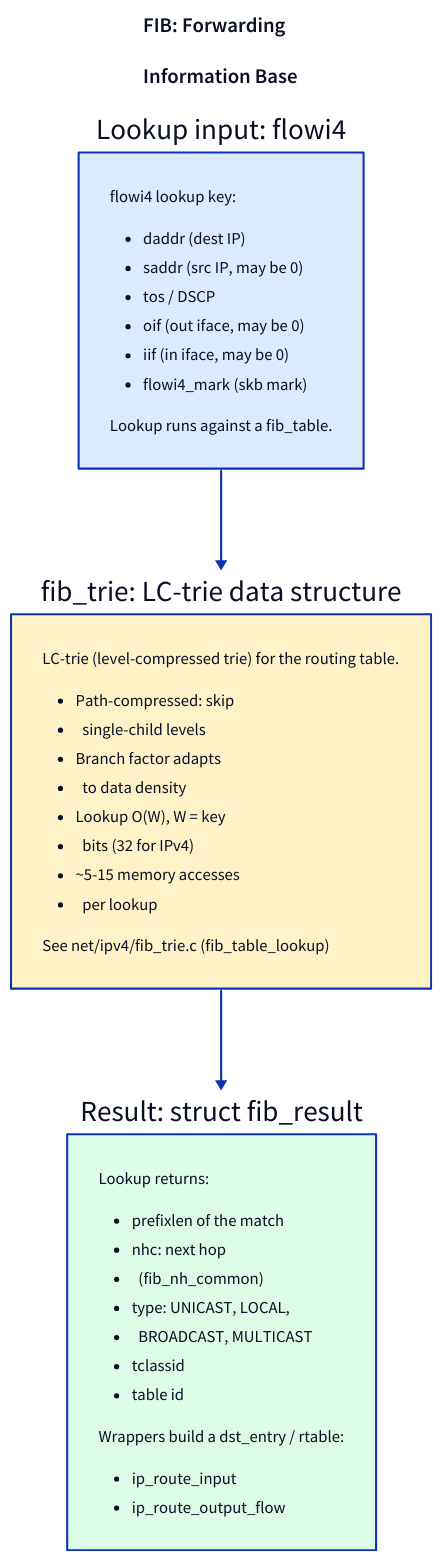
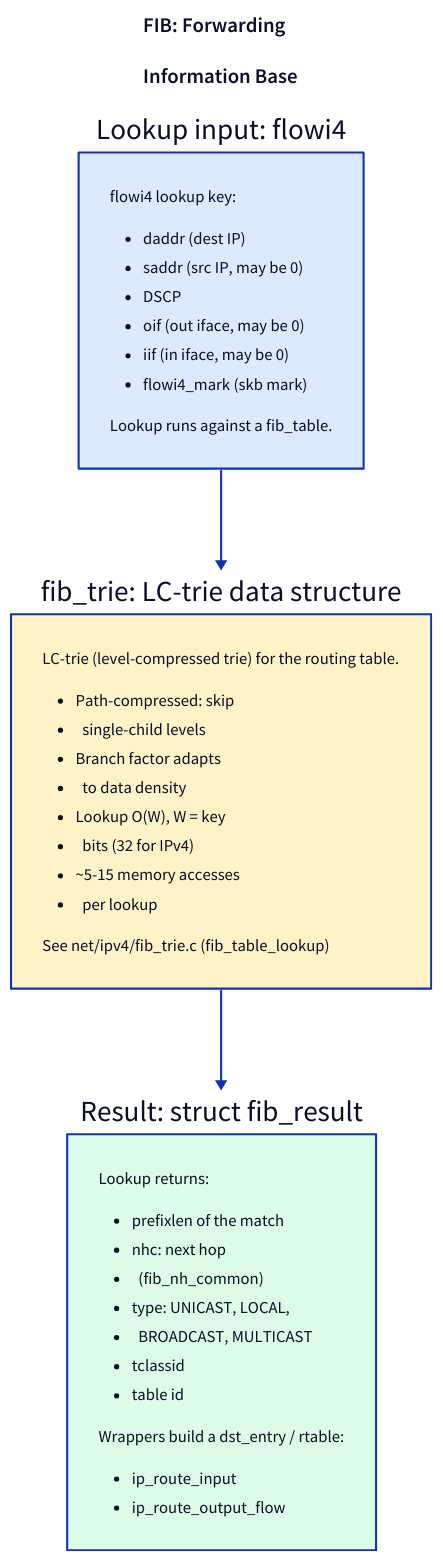
Before and after one commit to biefy/books: the diagram in linux-net/src/diagrams/src/day08_fib.d2, drawn with D2. The commit also changed 113 other files, not shown here.

```diff
--- a/linux-net/src/diagrams/src/day08_fib.d2
+++ b/linux-net/src/diagrams/src/day08_fib.d2
@@ -1,65 +1,65 @@
 direction: down
 
 title: |md
   ### FIB: Forwarding
   ### Information Base
 | {near: top-center; shape: text}
 
 flow: "Lookup input: flowi4" {
   style.fill: "#dbeafe"
   f_body: |md
     flowi4 lookup key:
 
     - daddr (dest IP)
     - saddr (src IP, may be 0)
-    - tos / DSCP
+    - DSCP
     - oif (out iface, may be 0)
     - iif (in iface, may be 0)
     - flowi4_mark (skb mark)
 
     Lookup runs against a fib_table.
   |
 }
 
 trie: "fib_trie: LC-trie data structure" {
   style.fill: "#fef3c7"
   t_body: |md
     LC-trie (level-compressed
     trie) for the routing table.
 
     - Path-compressed: skip
     - &nbsp;&nbsp;single-child levels
     - Branch factor adapts
     - &nbsp;&nbsp;to data density
     - Lookup O(W), W = key
     - &nbsp;&nbsp;bits (32 for IPv4)
     - ~5-15 memory accesses
     - &nbsp;&nbsp;per lookup
 
     See net/ipv4/fib_trie.c
     (fib_table_lookup)
   |
 }
 
 result: "Result: struct fib_result" {
   style.fill: "#dcfce7"
   r_body: |md
     Lookup returns:
 
     - prefixlen of the match
     - nhc: next hop
     - &nbsp;&nbsp;(fib_nh_common)
     - type: UNICAST, LOCAL,
     - &nbsp;&nbsp;BROADCAST, MULTICAST
     - tclassid
     - table id
 
     Wrappers build a
     dst_entry / rtable:
 
     - ip_route_input
     - ip_route_output_flow
   |
 }
 
 flow -> trie -> result
```
